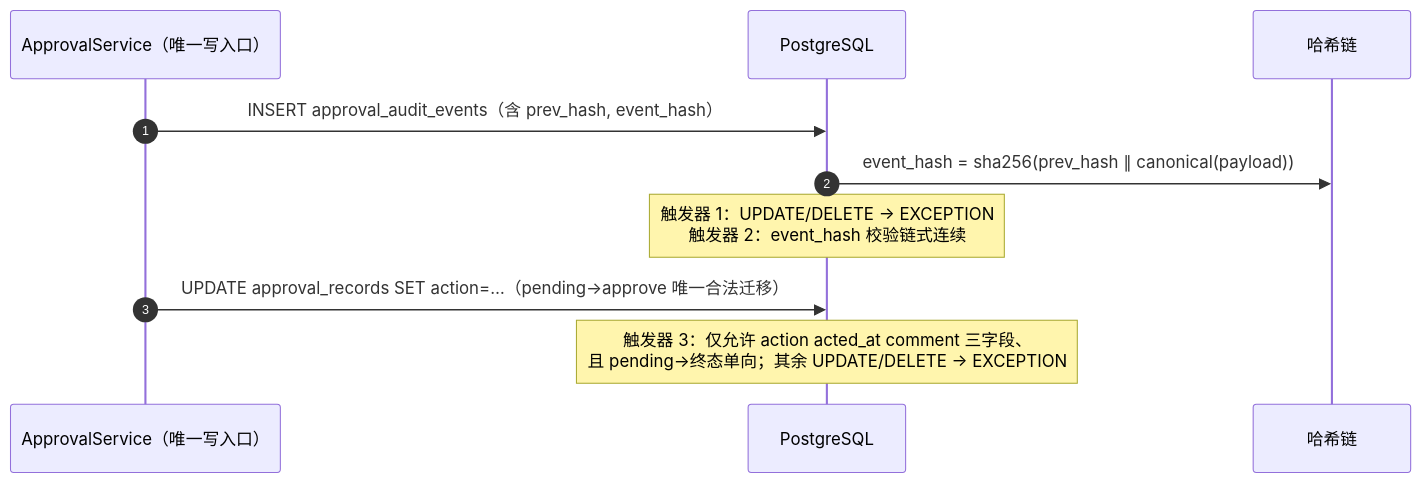
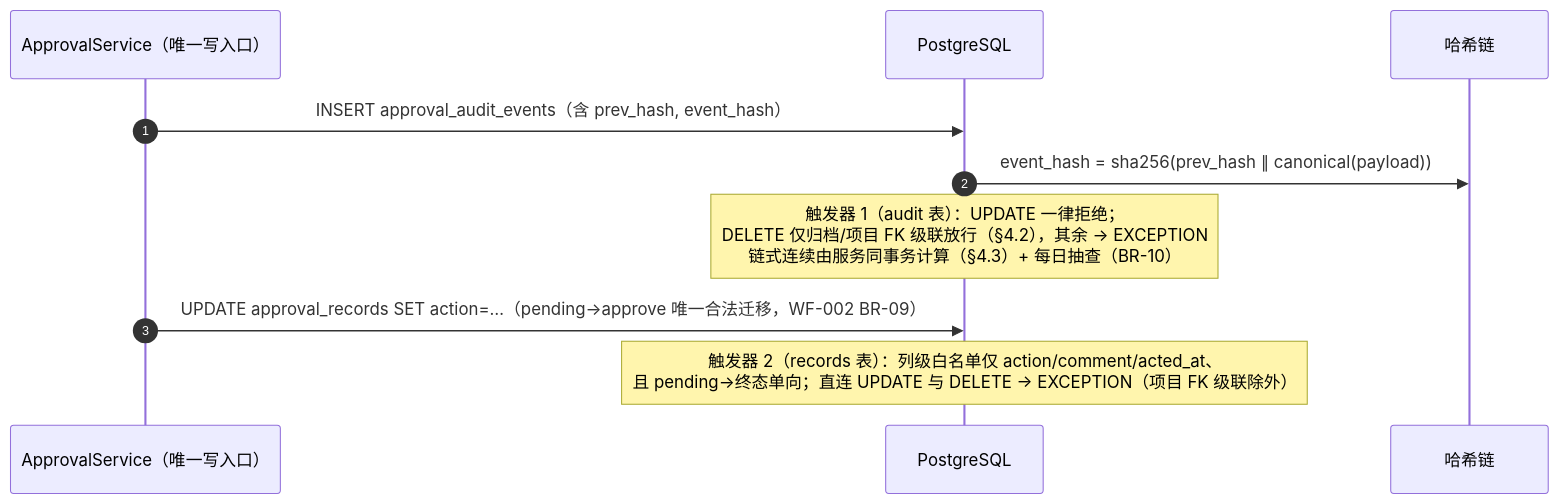
The second of 2 diagrams in docs/sprint-7-enterprise-workflow/WF-006-approval-audit.md (RabbitAI-Lab/RabbitProjects), drawn with Mermaid before and after one commit. The commit also changed other lines of this file and 9 other files, not shown here.

````diff
--- a/docs/sprint-7-enterprise-workflow/WF-006-approval-audit.md
+++ b/docs/sprint-7-enterprise-workflow/WF-006-approval-audit.md
@@ -93,13 +98,13 @@
 ```mermaid
 sequenceDiagram
     autonumber
     participant S as ApprovalService（唯一写入口）
     participant PG as PostgreSQL
     participant H as 哈希链
 
     S->>PG: INSERT approval_audit_events（含 prev_hash, event_hash）
     PG->>H: event_hash = sha256(prev_hash ∥ canonical(payload))
-    Note over PG: 触发器 1：UPDATE/DELETE → EXCEPTION<br/>触发器 2：event_hash 校验链式连续
-    S->>PG: UPDATE approval_records SET action=…（pending→approve 唯一合法迁移）
-    Note over PG: 触发器 3：仅允许 action acted_at comment 三字段、<br/>且 pending→终态单向；其余 UPDATE/DELETE → EXCEPTION
+    Note over PG: 触发器 1（audit 表）：UPDATE 一律拒绝；<br/>DELETE 仅归档/项目 FK 级联放行（§4.2），其余 → EXCEPTION<br/>链式连续由服务同事务计算（§4.3）+ 每日抽查（BR-10）
+    S->>PG: UPDATE approval_records SET action=…（pending→approve 唯一合法迁移，WF-002 BR-09）
+    Note over PG: 触发器 2（records 表）：列级白名单仅 action/comment/acted_at、<br/>且 pending→终态单向；直连 UPDATE 与 DELETE → EXCEPTION（项目 FK 级联除外）
 ```
````
